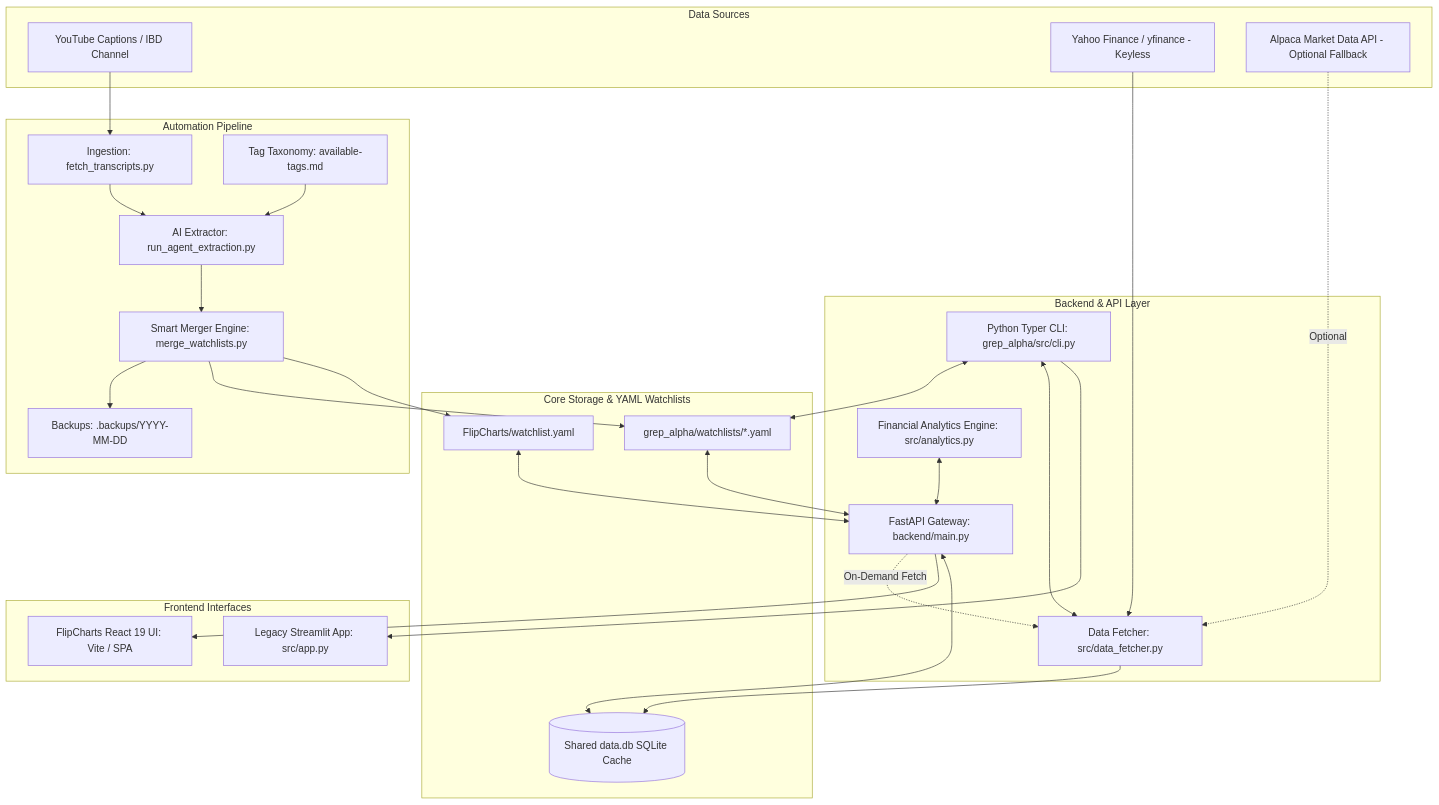
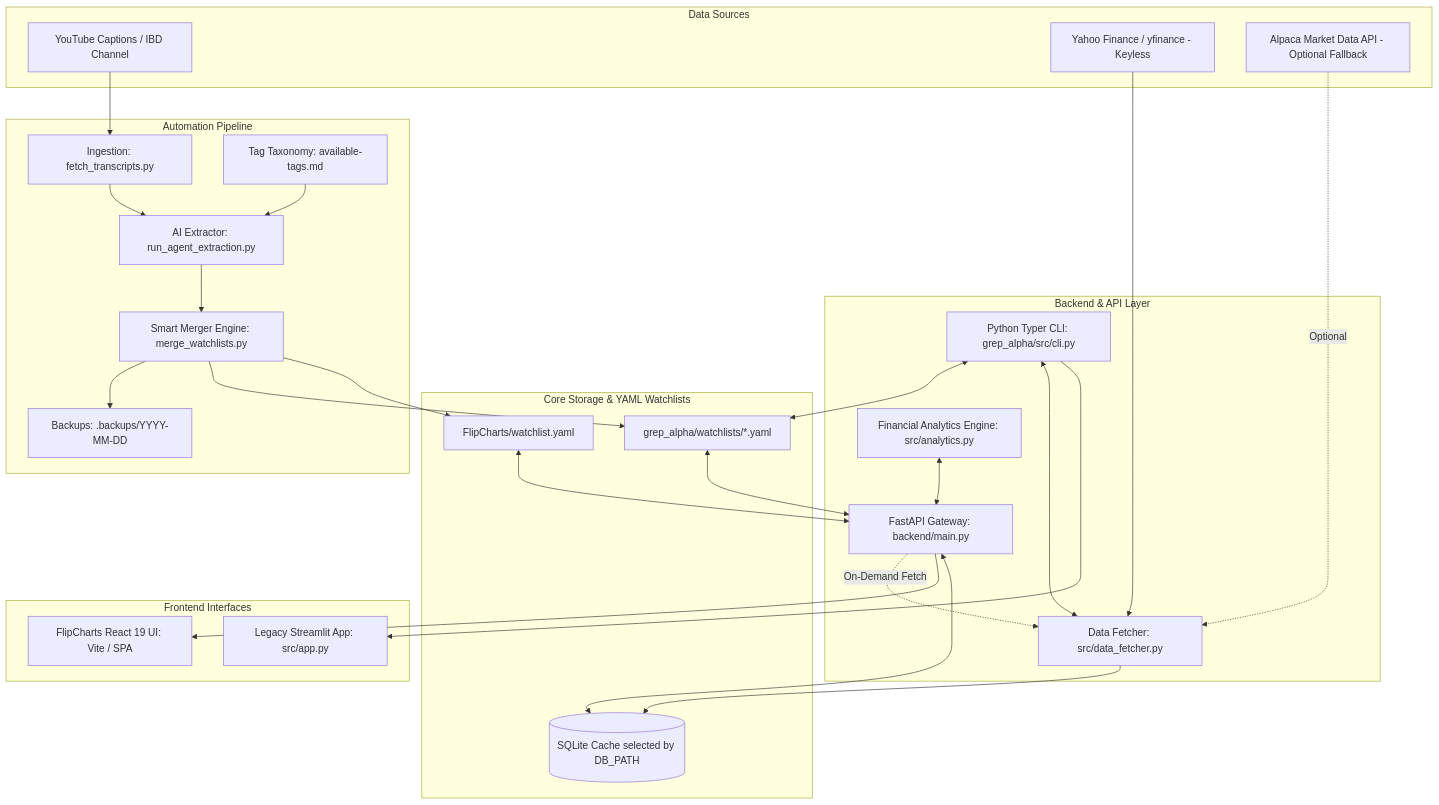
The first of 2 diagrams in README.md (common-guid/grep_alpha), drawn with Mermaid before and after one commit. The commit also changed other lines of this file and 6 other files, not shown here.

````diff
--- a/README.md
+++ b/README.md
@@ -61,59 +61,59 @@
 ```mermaid
 flowchart TD
     subgraph Data Sources
         YOUTUBE[YouTube Captions / IBD Channel]
         YFINANCE[Yahoo Finance / yfinance - Keyless]
         ALPACA[Alpaca Market Data API - Optional Fallback]
     end
 
     subgraph Automation Pipeline
         INGEST[Ingestion: fetch_transcripts.py]
         AGENT[AI Extractor: run_agent_extraction.py]
         TAXONOMY[Tag Taxonomy: available-tags.md]
         SMARTMERGE[Smart Merger Engine: merge_watchlists.py]
         BACKUP[Backups: .backups/YYYY-MM-DD]
     end
 
     subgraph Core Storage & YAML Watchlists
         WATCHLISTS_DIR[grep_alpha/watchlists/*.yaml]
         FLIP_WATCHLIST[FlipCharts/watchlist.yaml]
-        SQLITE_DB[(Shared data.db SQLite Cache)]
+        SQLITE_DB[(SQLite Cache selected by DB_PATH)]
     end
 
     subgraph Backend & API Layer
         FASTAPI[FastAPI Gateway: backend/main.py]
         CLI[Python Typer CLI: grep_alpha/src/cli.py]
         ANALYTICS[Financial Analytics Engine: src/analytics.py]
         FETCHER[Data Fetcher: src/data_fetcher.py]
     end
 
     subgraph Frontend Interfaces
         REACT_SPA[FlipCharts React 19 UI: Vite / SPA]
         STREAMLIT[Legacy Streamlit App: src/app.py]
     end
 
     %% Flow connections
     YOUTUBE --> INGEST
     INGEST --> AGENT
     TAXONOMY --> AGENT
     AGENT --> SMARTMERGE
     SMARTMERGE --> BACKUP
     SMARTMERGE --> WATCHLISTS_DIR
     SMARTMERGE --> FLIP_WATCHLIST
 
     YFINANCE --> FETCHER
     ALPACA -.->|Optional| FETCHER
     FETCHER --> SQLITE_DB
 
     WATCHLISTS_DIR <--> FASTAPI
     FLIP_WATCHLIST <--> FASTAPI
     SQLITE_DB <--> FASTAPI
     ANALYTICS <--> FASTAPI
     FASTAPI -.->|On-Demand Fetch| FETCHER
 
     FASTAPI --> REACT_SPA
 
     CLI <--> WATCHLISTS_DIR
     CLI <--> FETCHER
     CLI --> STREAMLIT
 ```
````
